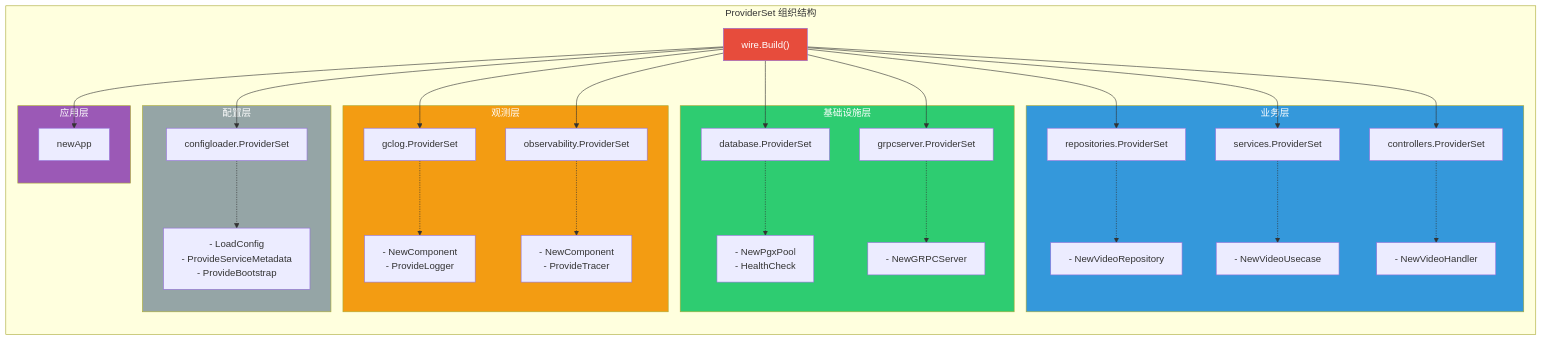
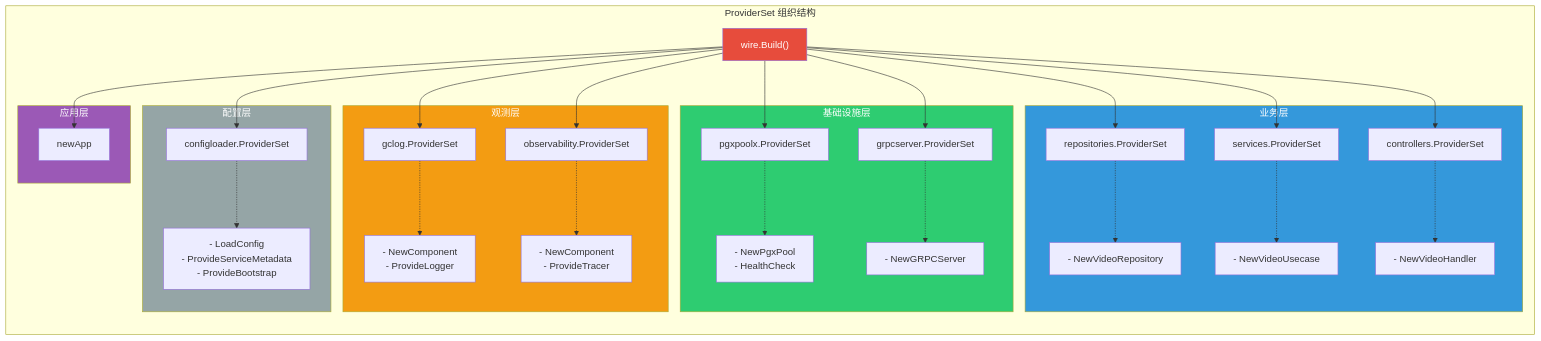
One commit to bionicotaku/lingo-services-catalog changed the ninth of 24 diagrams in docs/WIRE_DEPENDENCY_INJECTION.md. Above: the diagram before and after it, drawn with Mermaid. The commit also changed other lines of this file and 24 other files, not shown here.

````diff
--- a/docs/WIRE_DEPENDENCY_INJECTION.md
+++ b/docs/WIRE_DEPENDENCY_INJECTION.md
@@ -533,66 +534,66 @@
 ```mermaid
 graph TB
     subgraph ProviderSets["ProviderSet 组织结构"]
         direction TB
 
         Build["wire.Build()"]
 
         subgraph Layer1["配置层"]
             PS1["configloader.ProviderSet"]
             PS1_Items["- LoadConfig<br/>- ProvideServiceMetadata<br/>- ProvideBootstrap"]
         end
 
         subgraph Layer2["观测层"]
             PS2["gclog.ProviderSet"]
             PS2_Items["- NewComponent<br/>- ProvideLogger"]
             PS3["observability.ProviderSet"]
             PS3_Items["- NewComponent<br/>- ProvideTracer"]
         end
 
         subgraph Layer3["基础设施层"]
-            PS4["database.ProviderSet"]
+            PS4["pgxpoolx.ProviderSet"]
             PS4_Items["- NewPgxPool<br/>- HealthCheck"]
             PS5["grpcserver.ProviderSet"]
             PS5_Items["- NewGRPCServer"]
         end
 
         subgraph Layer4["业务层"]
             PS6["repositories.ProviderSet"]
             PS6_Items["- NewVideoRepository"]
             PS7["services.ProviderSet"]
             PS7_Items["- NewVideoUsecase"]
             PS8["controllers.ProviderSet"]
             PS8_Items["- NewVideoHandler"]
         end
 
         subgraph Layer5["应用层"]
             PS9["newApp"]
         end
 
         Build --> PS1
         Build --> PS2
         Build --> PS3
         Build --> PS4
         Build --> PS5
         Build --> PS6
         Build --> PS7
         Build --> PS8
         Build --> PS9
 
         PS1 -.-> PS1_Items
         PS2 -.-> PS2_Items
         PS3 -.-> PS3_Items
         PS4 -.-> PS4_Items
         PS5 -.-> PS5_Items
         PS6 -.-> PS6_Items
         PS7 -.-> PS7_Items
         PS8 -.-> PS8_Items
     end
 
     style Build fill:#e74c3c,color:#fff
     style Layer1 fill:#95a5a6,color:#fff
     style Layer2 fill:#f39c12,color:#fff
     style Layer3 fill:#2ecc71,color:#fff
     style Layer4 fill:#3498db,color:#fff
     style Layer5 fill:#9b59b6,color:#fff
 ```
````
